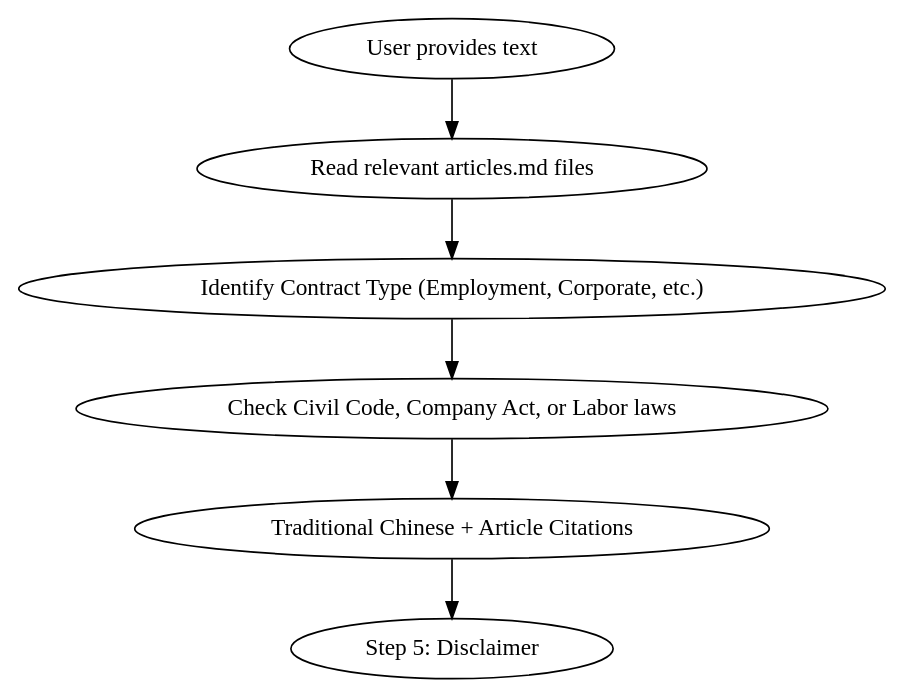
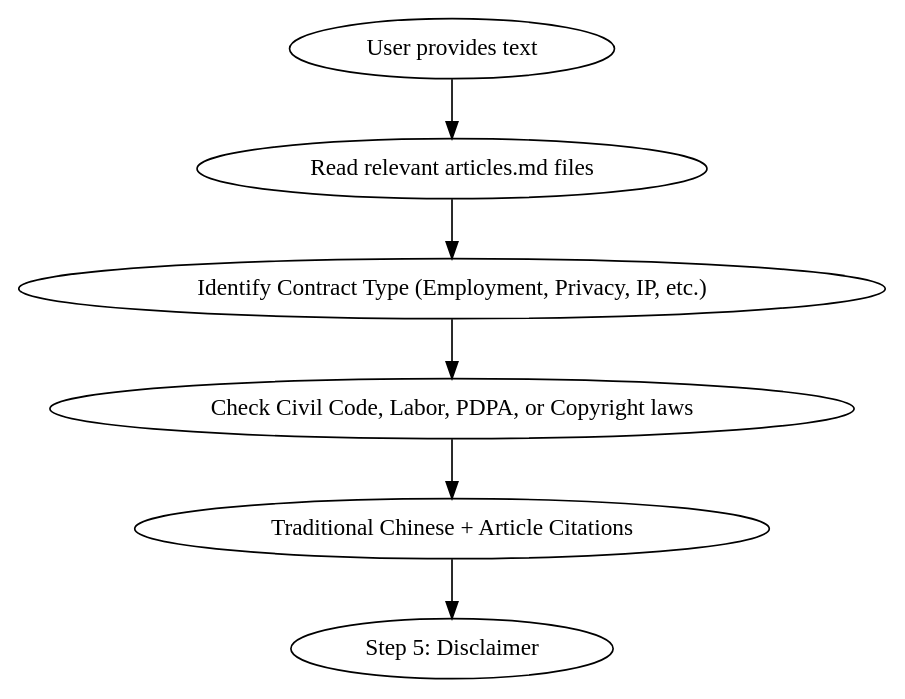
Before and after one commit to tern/taiwan-claude-legal: the diagram in skills/taiwan-legal-audit/SKILL.md, drawn with Graphviz. The commit also changed other lines of this file and 6 other files, not shown here.

Commit message:
feat: add PDPA and Copyright Act support with updated audit skill

````diff
--- a/skills/taiwan-legal-audit/SKILL.md
+++ b/skills/taiwan-legal-audit/SKILL.md
@@ -19,14 +21,14 @@
 ```dot
 digraph audit_flow {
     "User provides text" -> "Step 1: Context Loading";
     "Step 1: Context Loading" -> "Step 2: Type Identification";
     "Step 2: Type Identification" -> "Step 3: Multi-Law Risk Scan";
     "Step 3: Multi-Law Risk Scan" -> "Step 4: Output & Citations";
     "Step 4: Output & Citations" -> "Step 5: Disclaimer";
 
     "Step 1: Context Loading" [label="Read relevant articles.md files"];
-    "Step 2: Type Identification" [label="Identify Contract Type (Employment, Corporate, etc.)"];
-    "Step 3: Multi-Law Risk Scan" [label="Check Civil Code, Company Act, or Labor laws"];
+    "Step 2: Type Identification" [label="Identify Contract Type (Employment, Privacy, IP, etc.)"];
+    "Step 3: Multi-Law Risk Scan" [label="Check Civil Code, Labor, PDPA, or Copyright laws"];
     "Step 4: Output & Citations" [label="Traditional Chinese + Article Citations"];
 }
 ```
````
